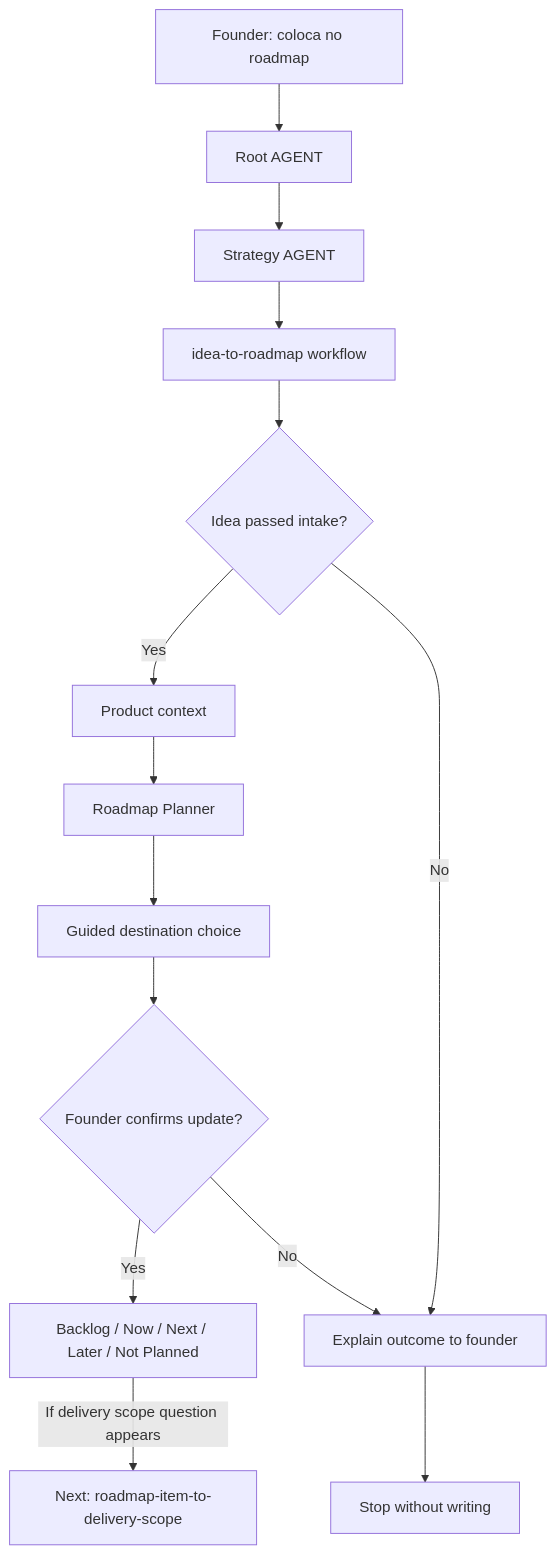
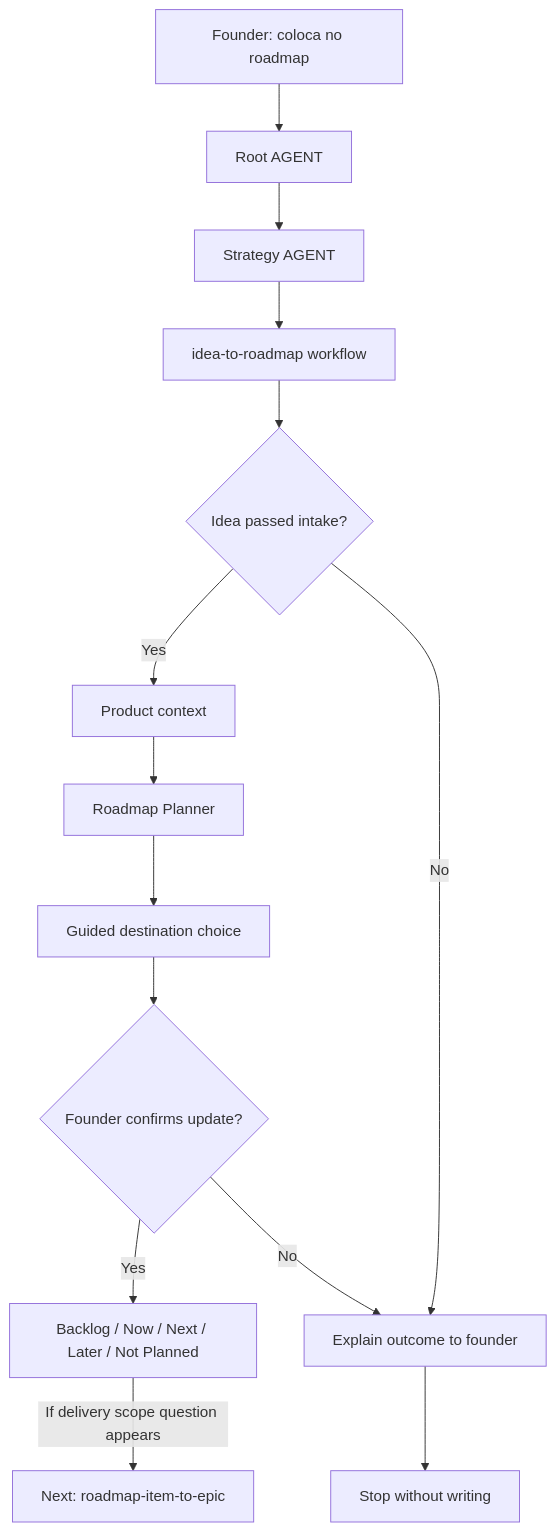
Before and after one commit to desousajhonny/leanOS: the diagram in docs/framework/founder-journeys/idea-to-roadmap.md, drawn with Mermaid. The commit also changed other lines of this file and 26 other files, not shown here.

Commit message:
Consolidate roadmap item to epic workflow

````diff
--- a/docs/framework/founder-journeys/idea-to-roadmap.md
+++ b/docs/framework/founder-journeys/idea-to-roadmap.md
@@ -18,24 +18,24 @@
 ```mermaid
 flowchart TD
   A["Founder: coloca no roadmap"]
   B["Root AGENT"]
   C["Strategy AGENT"]
   D["idea-to-roadmap workflow"]
   E{"Idea passed intake?"}
   F["Product context"]
   G["Roadmap Planner"]
   H["Guided destination choice"]
   I{"Founder confirms update?"}
   J["Backlog / Now / Next / Later / Not Planned"]
   K["Explain outcome to founder"]
   L["Stop without writing"]
-  M["Next: roadmap-item-to-delivery-scope"]
+  M["Next: roadmap-item-to-epic"]
 
   A --> B --> C --> D --> E
   E -->|Yes| F --> G --> H --> I
   E -->|No| K
   I -->|Yes| J
   I -->|No| K
   K --> L
   J -->|If delivery scope question appears| M
 ```
````
